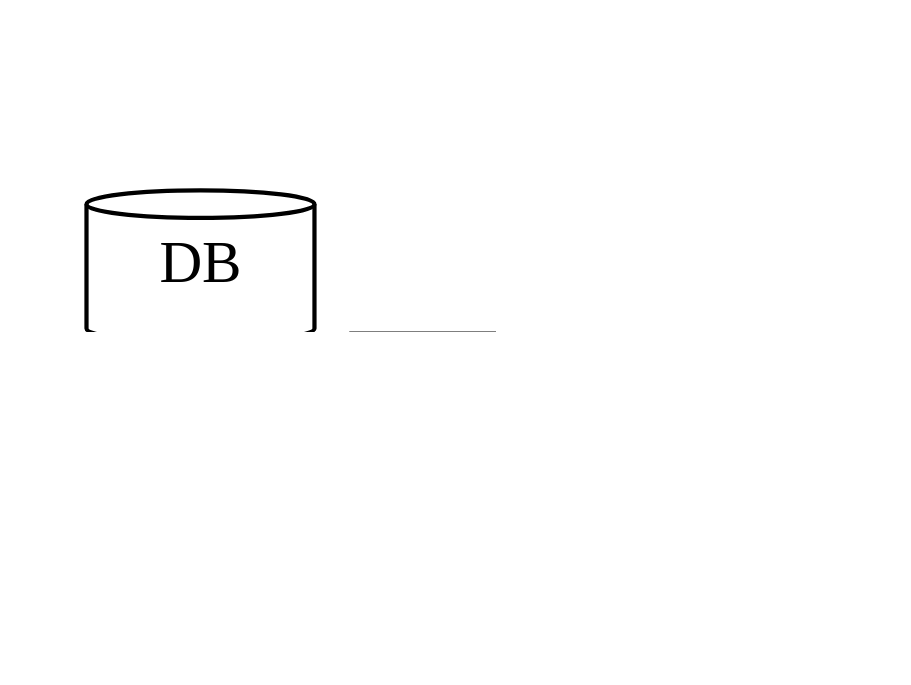
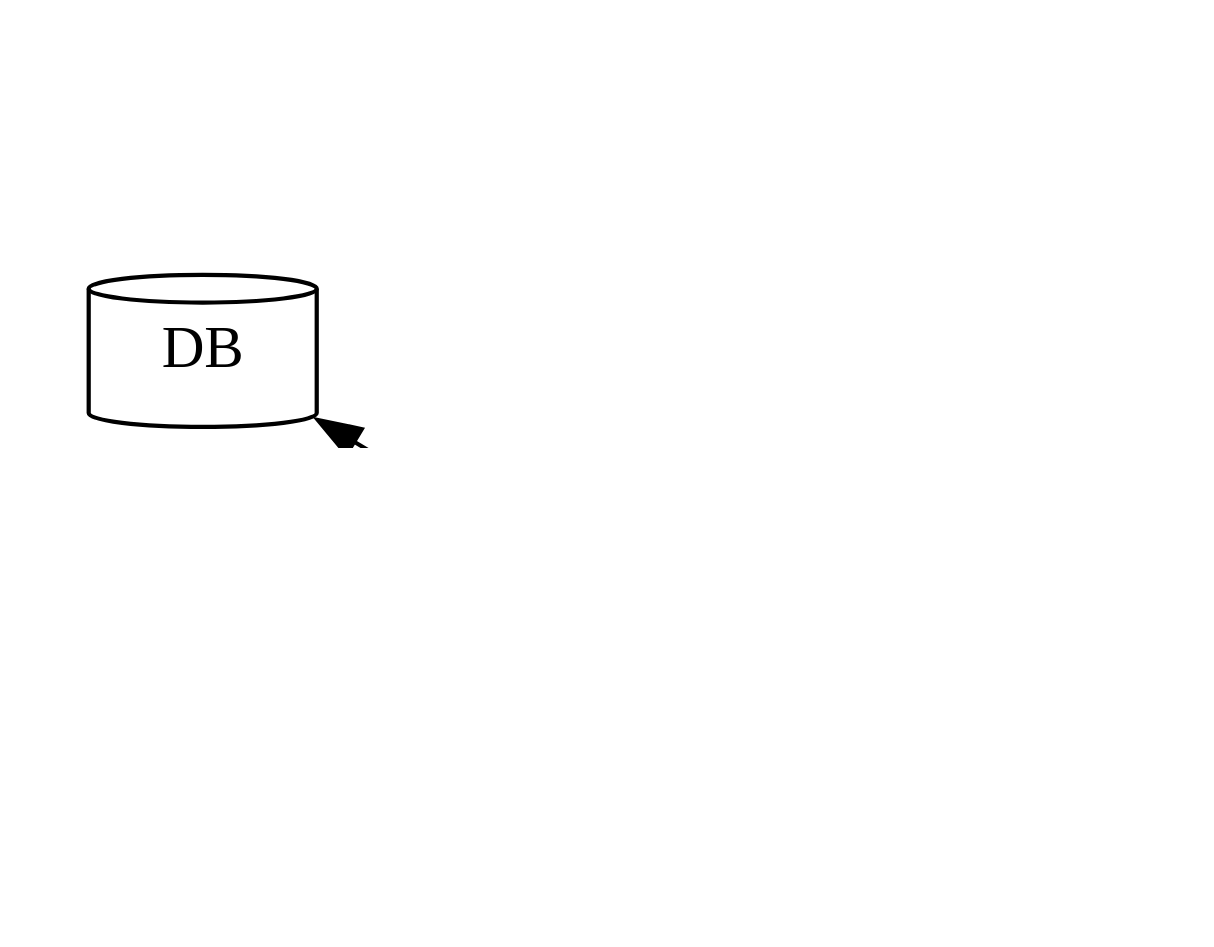
The fourth of 22 diagrams in src/main/asciidoc/lecture-en.adoc (inponomarev/mocks-talk), drawn with Graphviz before and after one commit. The commit also changed other lines of this file and 6 other files, not shown here.

```diff
--- a/src/main/asciidoc/lecture-en.adoc
+++ b/src/main/asciidoc/lecture-en.adoc
@@ -137,23 +140,24 @@
 [graphviz]
 ----
 digraph G {
   graph [dpi = 200];
   layout="neato";
+  scale=1.5;
   node[shape=box];
   SUT[label="System\nUnder\nTest"];
   
   SUT->IS;
   SUT->ES[style=invis];
   SUT->DB;
   SUT->Queue;
   SUT->Q1[style=invis];
   SUT->Q2[style=invis];
   
   DB[shape=cylinder];
   Queue[label="Message\nbroker", shape=cylinder];
   IS[label="Own\nService"]
   ES[label="External\nService", style=invis]
   Q1[label="Redis", style=invis, shape=cylinder]
   Q2[label="Some\nCloud\nDatabase", style=invis, shape=cylinder]
 }
 ----
```
